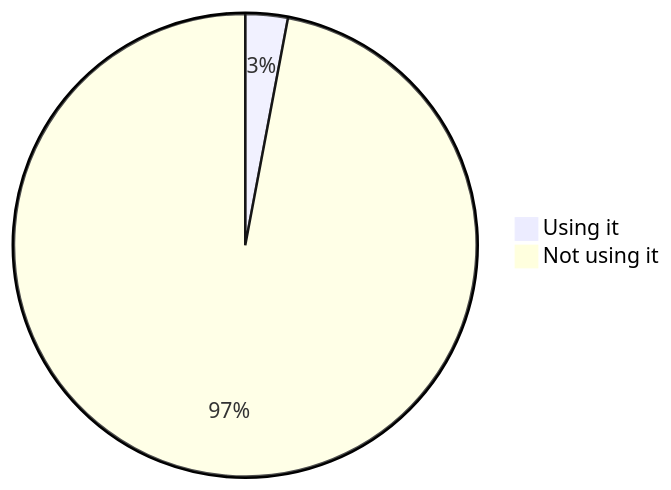
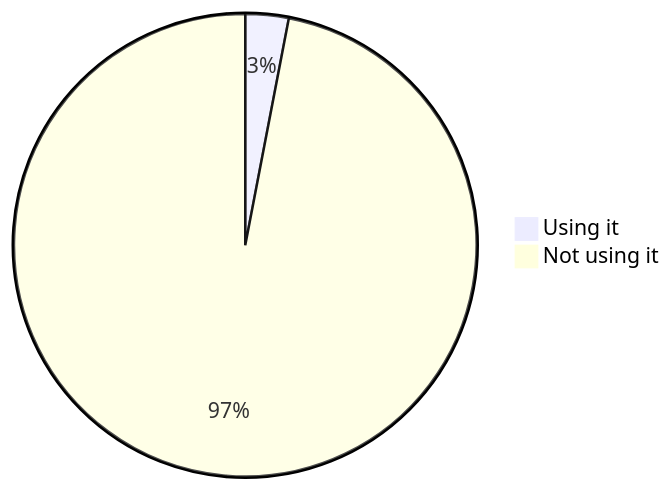
Before and after one commit to oshp/oshp-stats: diagram 17 of 22 in stats.md, drawn with Mermaid. The commit also changed other lines of this file, not shown here.

````diff
--- a/stats.md
+++ b/stats.md
@@ -202,6 +202,6 @@
 ```mermaid
 pie
-	"Using it" : 2.96
-	"Not using it" : 97.04
+	"Using it" : 3.02
+	"Not using it" : 96.98
 
 ```
````
